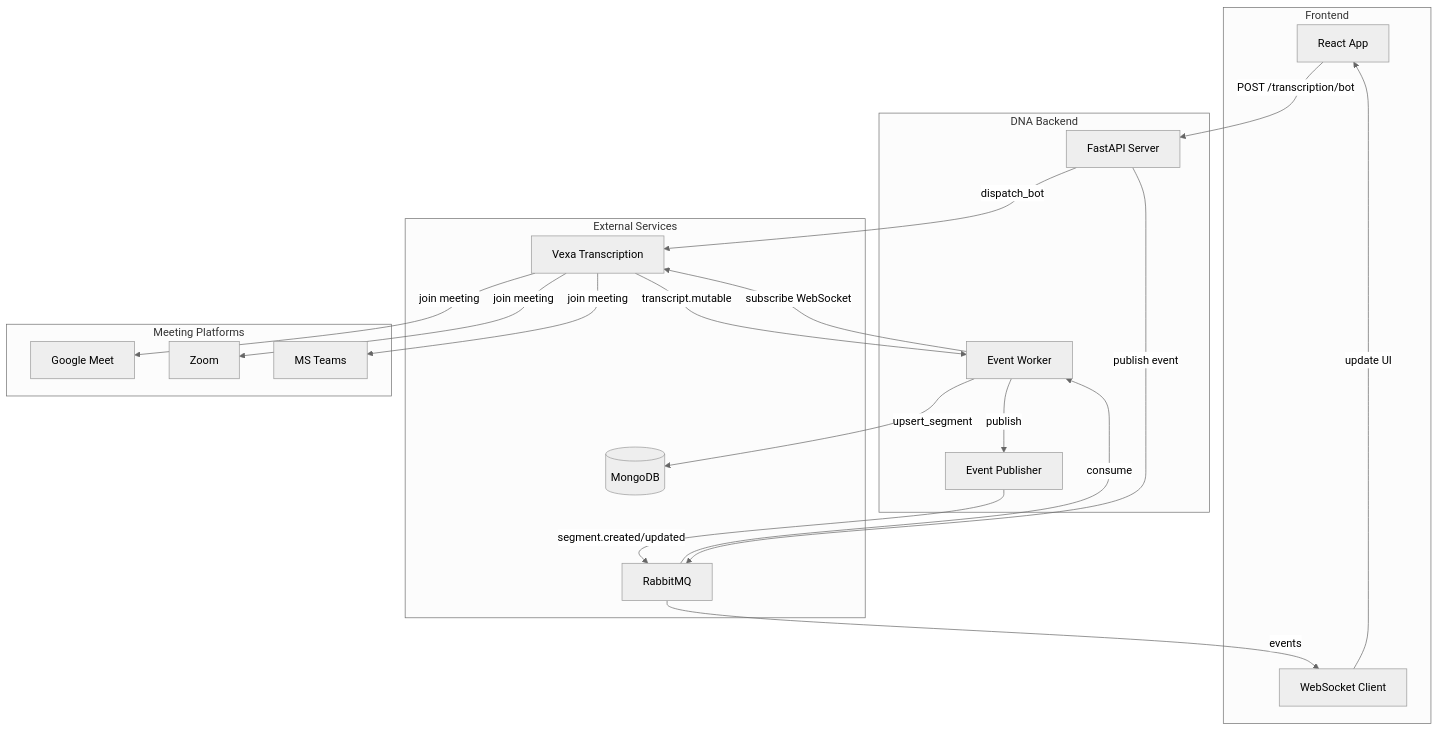
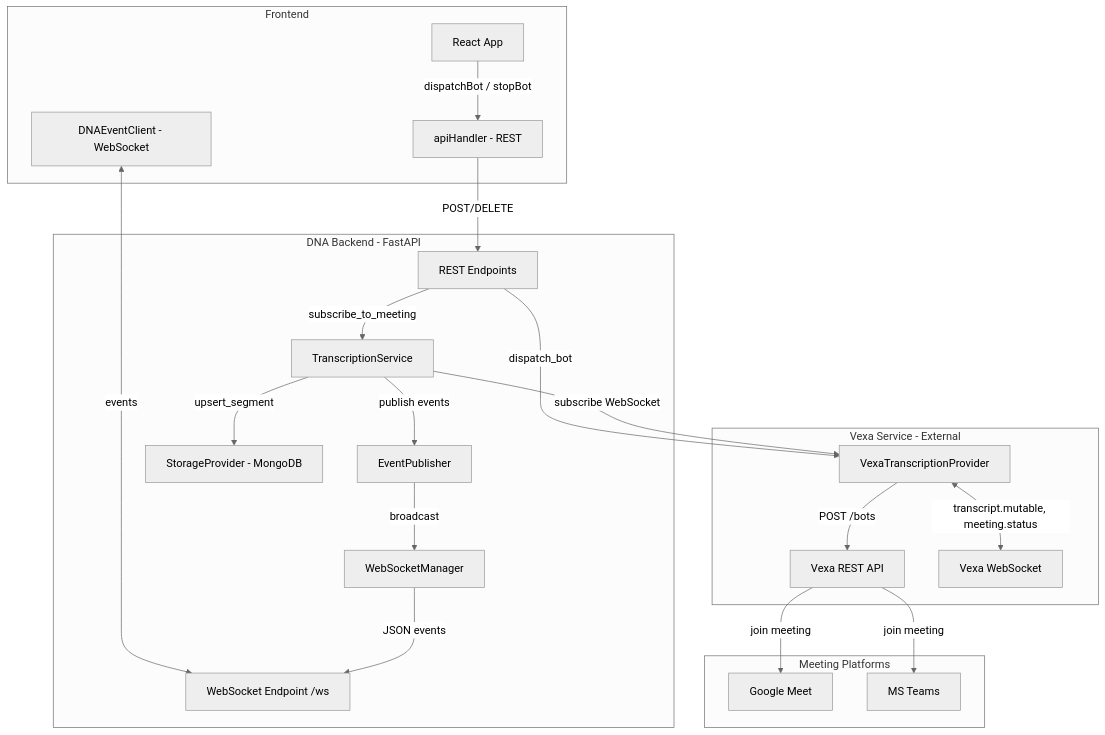
One commit to AcademySoftwareFoundation/dna changed the first of 6 diagrams in backend/docs/TRANSCRIPTION_PIPELINE.md. Above: the diagram before and after it, drawn with Mermaid (neutral theme). The commit also changed other lines of this file and 30 other files, not shown here.

````diff
--- a/backend/docs/TRANSCRIPTION_PIPELINE.md
+++ b/backend/docs/TRANSCRIPTION_PIPELINE.md
@@ -49,44 +55,46 @@
 ```mermaid
 graph TB
     subgraph Frontend
         UI[React App]
-        WS[WebSocket Client]
+        EC[DNAEventClient - WebSocket]
+        AH[apiHandler - REST]
     end
 
-    subgraph DNA Backend
-        API[FastAPI Server]
-        Worker[Event Worker]
-        EP[Event Publisher]
+    subgraph DNA_Backend[DNA Backend - FastAPI]
+        API[REST Endpoints]
+        WSE[WebSocket Endpoint /ws]
+        TS[TranscriptionService]
+        EP[EventPublisher]
+        WSM[WebSocketManager]
+        SP[StorageProvider - MongoDB]
     end
 
-    subgraph External Services
-        Vexa[Vexa Transcription]
-        RabbitMQ[RabbitMQ]
-        MongoDB[(MongoDB)]
+    subgraph Vexa_Service[Vexa Service - External]
+        VAPI[Vexa REST API]
+        VWS[Vexa WebSocket]
+        VTP[VexaTranscriptionProvider]
     end
 
-    subgraph Meeting Platforms
+    subgraph Meeting_Platforms[Meeting Platforms]
         GM[Google Meet]
-        Zoom[Zoom]
         Teams[MS Teams]
     end
 
-    UI -->|POST /transcription/bot| API
-    API -->|dispatch_bot| Vexa
-    API -->|publish event| RabbitMQ
-    
-    RabbitMQ -->|consume| Worker
-    Worker -->|subscribe WebSocket| Vexa
-    
-    Vexa -->|join meeting| GM
-    Vexa -->|join meeting| Zoom
-    Vexa -->|join meeting| Teams
-    
-    Vexa -->|transcript.mutable| Worker
-    Worker -->|upsert_segment| MongoDB
-    Worker -->|publish| EP
-    EP -->|segment.created/updated| RabbitMQ
-    
-    RabbitMQ -->|events| WS
-    WS -->|update UI| UI
+    UI -->|dispatchBot / stopBot| AH
+    AH -->|POST/DELETE| API
+    EC <-->|events| WSE
+
+    API -->|dispatch_bot| VTP
+    VTP -->|POST /bots| VAPI
+    API -->|subscribe_to_meeting| TS
+    TS -->|subscribe WebSocket| VTP
+    VTP <-->|transcript.mutable, meeting.status| VWS
+
+    VAPI -->|join meeting| GM
+    VAPI -->|join meeting| Teams
+
+    TS -->|upsert_segment| SP
+    TS -->|publish events| EP
+    EP -->|broadcast| WSM
+    WSM -->|JSON events| WSE
 ```
````
